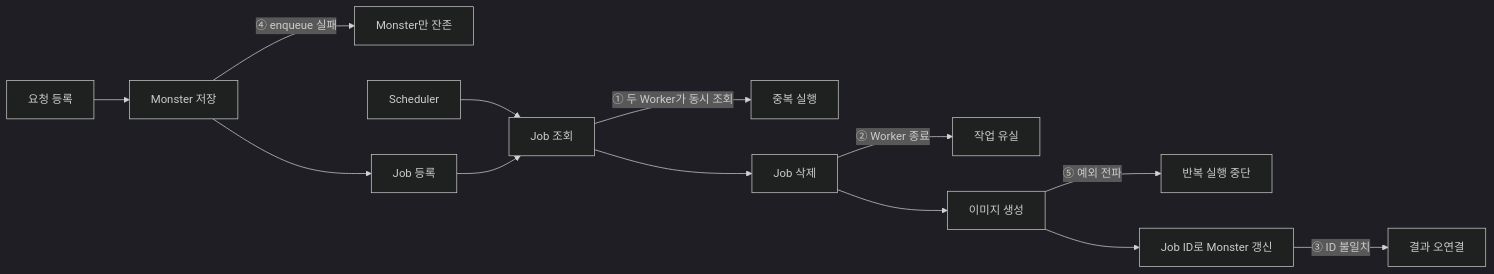
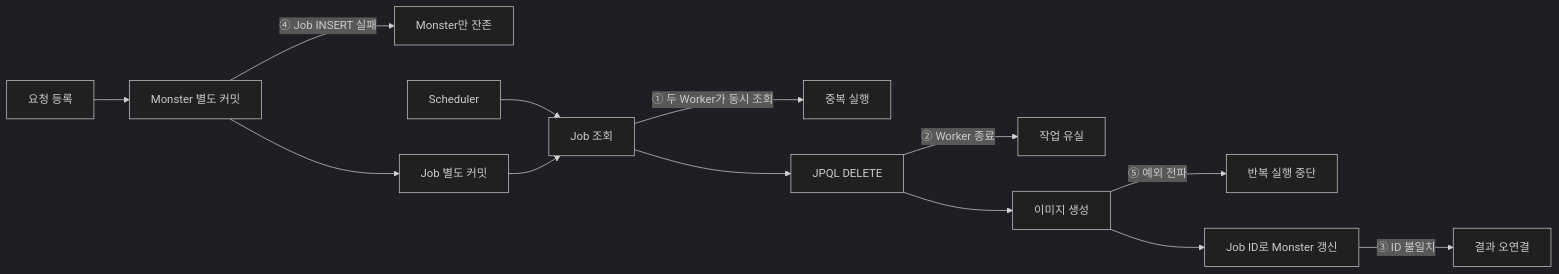
Before and after one commit to kangrae-jo/woowa-archive: the diagram in technical-writing/03-failure-reproduction/README.md, drawn with Mermaid (dark theme). The commit also changed other lines of this file and 4 other files, not shown here.

````diff
--- a/technical-writing/03-failure-reproduction/README.md
+++ b/technical-writing/03-failure-reproduction/README.md
@@ -21,15 +23,15 @@
 ```mermaid
 flowchart LR
-    R[요청 등록] --> M[Monster 저장]
-    M -->|④ enqueue 실패| A[Monster만 잔존]
-    M --> J[Job 등록]
+    R[요청 등록] --> M[Monster 별도 커밋]
+    M -->|④ Job INSERT 실패| A[Monster만 잔존]
+    M --> J[Job 별도 커밋]
     S[Scheduler] --> P[Job 조회]
     J --> P
     P -->|① 두 Worker가 동시 조회| D[중복 실행]
-    P --> X[Job 삭제]
+    P --> X[JPQL DELETE]
     X -->|② Worker 종료| L[작업 유실]
     X --> G[이미지 생성]
     G -->|⑤ 예외 전파| C[반복 실행 중단]
     G --> U[Job ID로 Monster 갱신]
     U -->|③ ID 불일치| W[결과 오연결]
 ```
````
